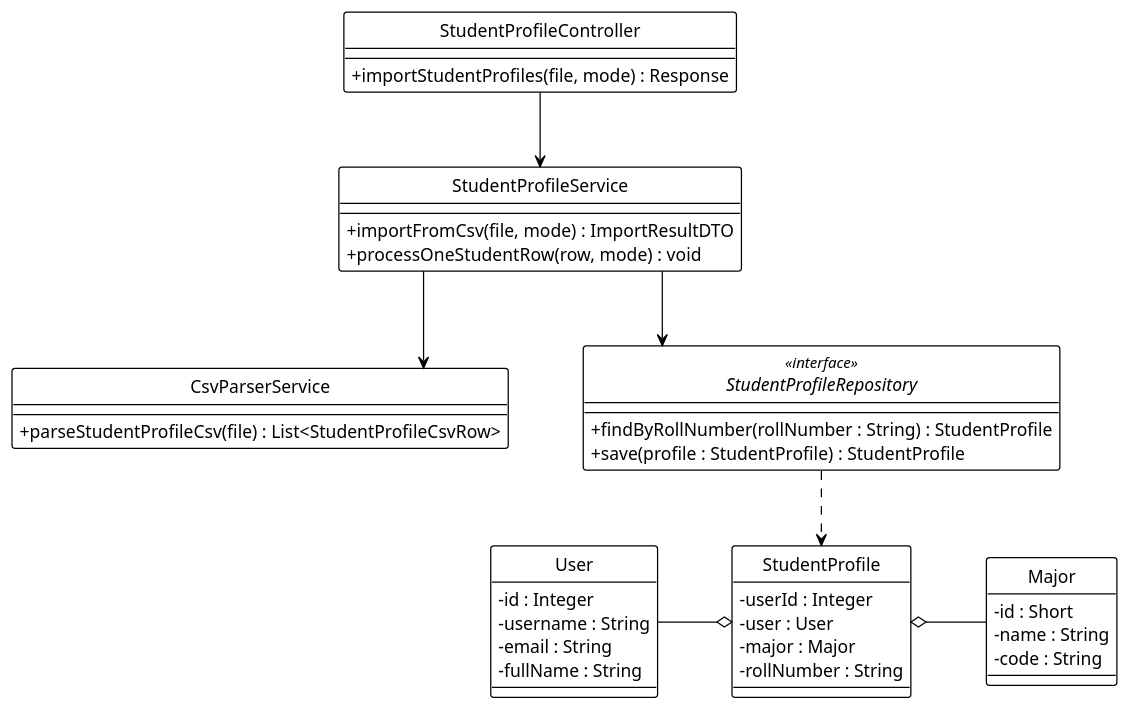
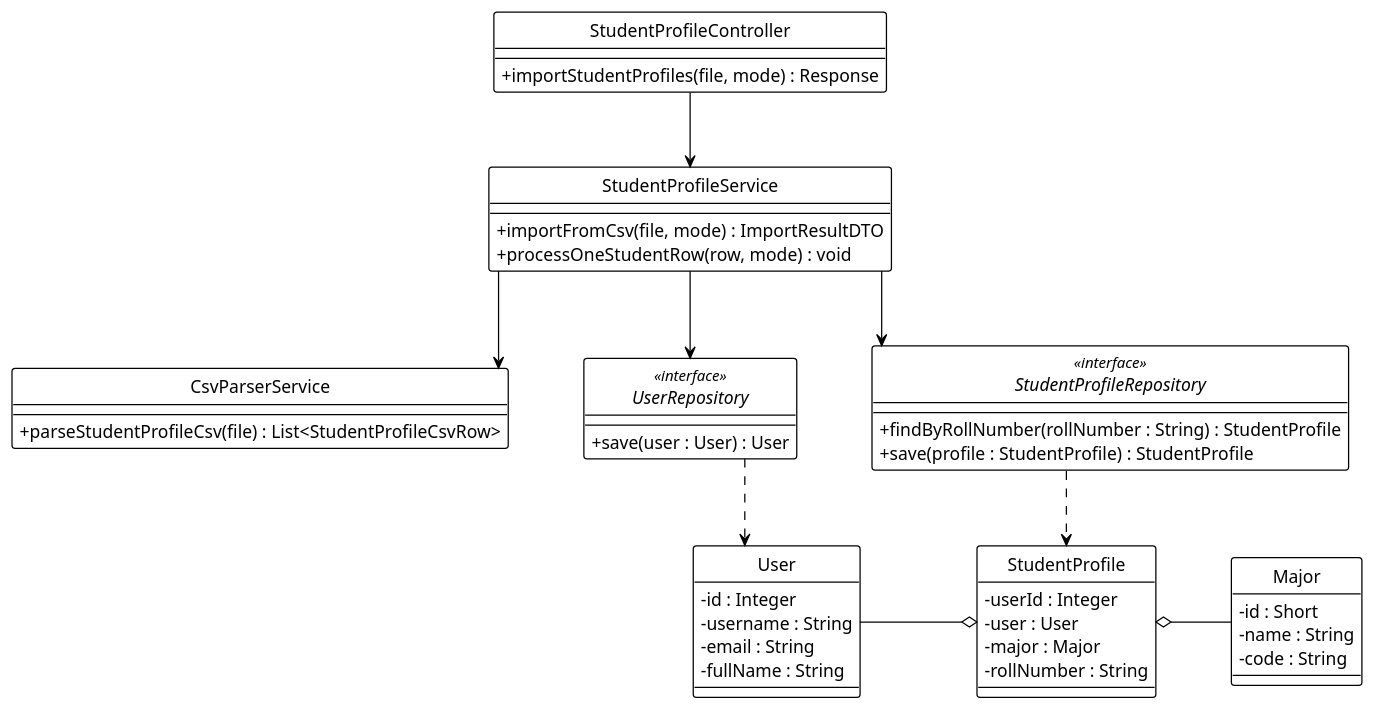
One commit to Ndh474/context changed the diagram in system_detailed_design/47_import_csv_student/class_diagram_import_csv_student.puml. Above: the diagram before and after it, drawn with PlantUML. The commit also changed 8 other files, not shown here.

Commit message:
docs: Add PlantUML sequence and class diagrams for various student management system detailed designs.

```diff
--- a/system_detailed_design/47_import_csv_student/class_diagram_import_csv_student.puml
+++ b/system_detailed_design/47_import_csv_student/class_diagram_import_csv_student.puml
@@ -1,65 +1,71 @@
 @startuml import_csv_student
 !theme plain
 hide circle
 skinparam classAttributeIconSize 0
 
 ' --- CẤU HÌNH "ORTHO" (BẮT BUỘC) ---
 skinparam linetype ortho
 skinparam nodesep 60
 skinparam ranksep 60
 
 ' --- CONTROLLER ---
 class StudentProfileController {
   + importStudentProfiles(file, mode) : Response
 }
 
 ' --- SERVICE ---
 class StudentProfileService {
   + importFromCsv(file, mode) : ImportResultDTO
   + processOneStudentRow(row, mode) : void
 }
 
 class CsvParserService {
   + parseStudentProfileCsv(file) : List<StudentProfileCsvRow>
 }
 
 ' --- REPOSITORY ---
 interface StudentProfileRepository <<interface>> {
   + findByRollNumber(rollNumber : String) : StudentProfile
   + save(profile : StudentProfile) : StudentProfile
 }
 
+interface UserRepository <<interface>> {
+  + save(user : User) : User
+}
+
 ' --- ENTITIES ---
 class StudentProfile {
   - userId : Integer
   - user : User
   - major : Major
   - rollNumber : String
 }
 
 class User {
   - id : Integer
   - username : String
   - email : String
   - fullName : String
 }
 
 class Major {
   - id : Short
   - name : String
   - code : String
 }
 
 ' --- DEPENDENCY INJECTION (Association) ---
 StudentProfileController -down-> StudentProfileService
 StudentProfileService -down-> CsvParserService
 StudentProfileService -down-> StudentProfileRepository
+StudentProfileService -down-> UserRepository
 
 ' --- REPOSITORY USAGE (Dependency) ---
 StudentProfileRepository .down.> StudentProfile
+UserRepository .down.> User
 
 ' --- ENTITY RELATIONSHIPS (Aggregation) ---
 StudentProfile o-left- User
 StudentProfile o-right- Major
 
 @enduml
```
